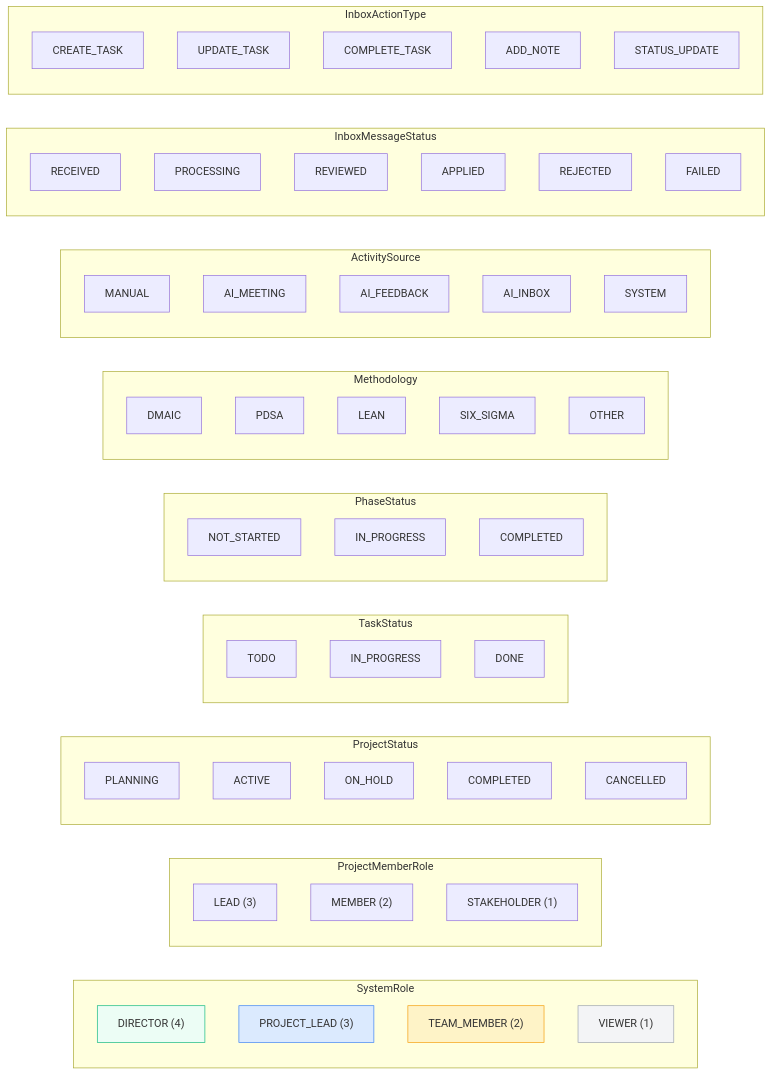
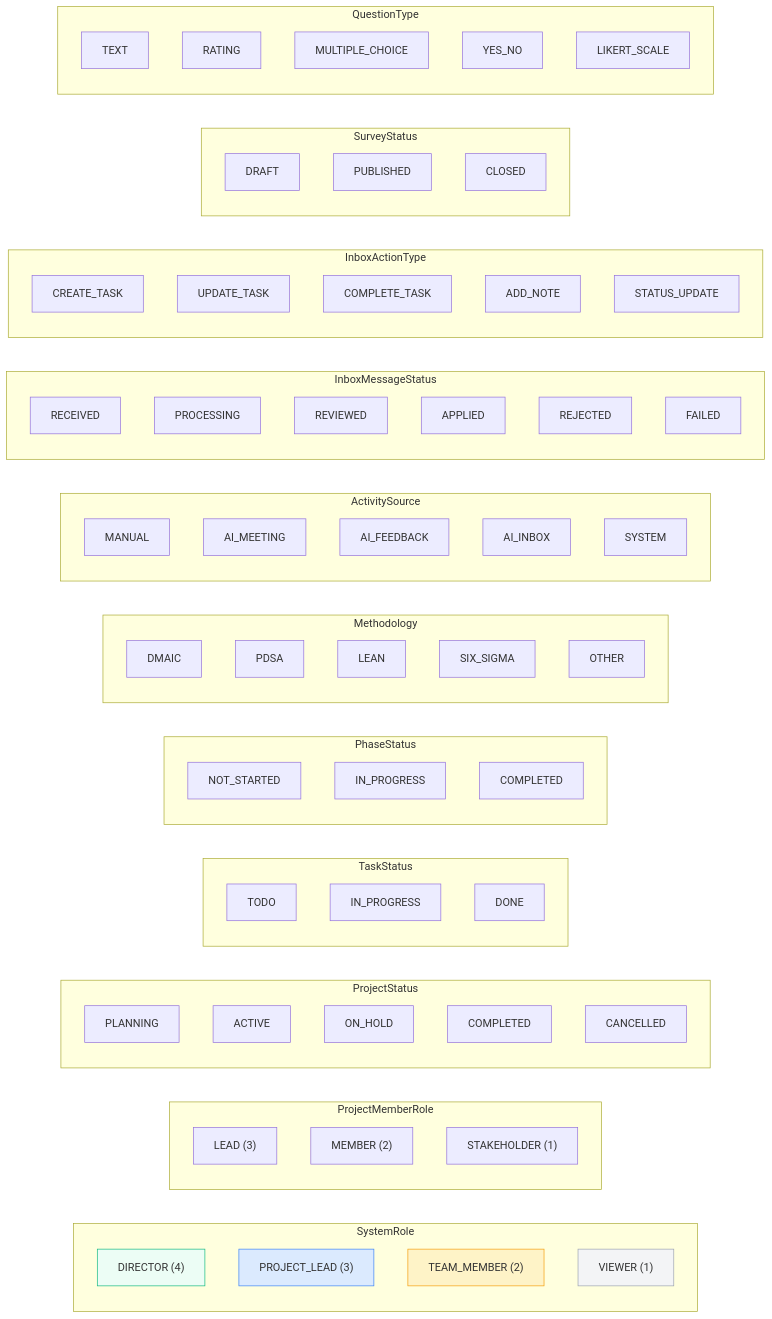
Before and after one commit to akbarherekar/QIapp: the ninth of 15 diagrams in docs/diagrams.md, drawn with Mermaid. The commit also changed other lines of this file and 30 other files, not shown here.

```diff
--- a/docs/diagrams.md
+++ b/docs/diagrams.md
@@ -484,6 +529,20 @@
         IAT5["STATUS_UPDATE"]
     end
 
+    subgraph "SurveyStatus"
+        SS1["DRAFT"]
+        SS2["PUBLISHED"]
+        SS3["CLOSED"]
+    end
+
+    subgraph "QuestionType"
+        QT1["TEXT"]
+        QT2["RATING"]
+        QT3["MULTIPLE_CHOICE"]
+        QT4["YES_NO"]
+        QT5["LIKERT_SCALE"]
+    end
+
     style SR1 fill:#ecfdf5,stroke:#10b981
     style SR2 fill:#dbeafe,stroke:#3b82f6
     style SR3 fill:#fef3c7,stroke:#f59e0b
```
